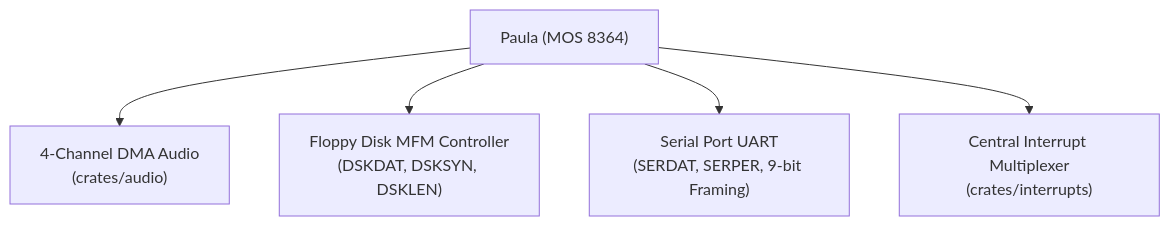
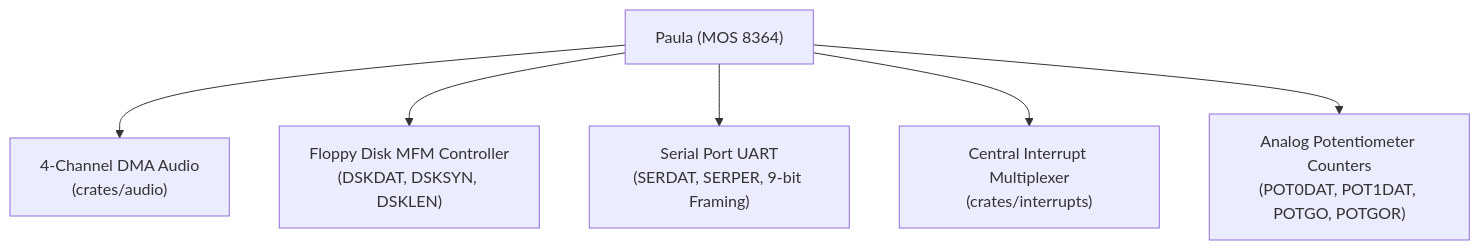
The first of 2 diagrams in Obsidian/Amiga/Design/Paula.md (tomek-anuszkiewicz/amiga-studio), drawn with Mermaid before and after one commit. The commit also changed other lines of this file and 2 other files, not shown here.

First line of the commit message:
docs(paula): enrich Paula.md for semantic parity and streamline interrupt delegation

````diff
--- a/Obsidian/Amiga/Design/Paula.md
+++ b/Obsidian/Amiga/Design/Paula.md
@@ -30,7 +30,8 @@
 ```mermaid
 flowchart TD
     PAULA["Paula (MOS 8364)"] --> AUDIO["4-Channel DMA Audio\n(crates/audio)"]
     PAULA --> FLOPPY["Floppy Disk MFM Controller\n(DSKDAT, DSKSYN, DSKLEN)"]
     PAULA --> UART["Serial Port UART\n(SERDAT, SERPER, 9-bit Framing)"]
     PAULA --> INTR["Central Interrupt Multiplexer\n(crates/interrupts)"]
+    PAULA --> POT["Analog Potentiometer Counters\n(POT0DAT, POT1DAT, POTGO, POTGOR)"]
 ```
````
